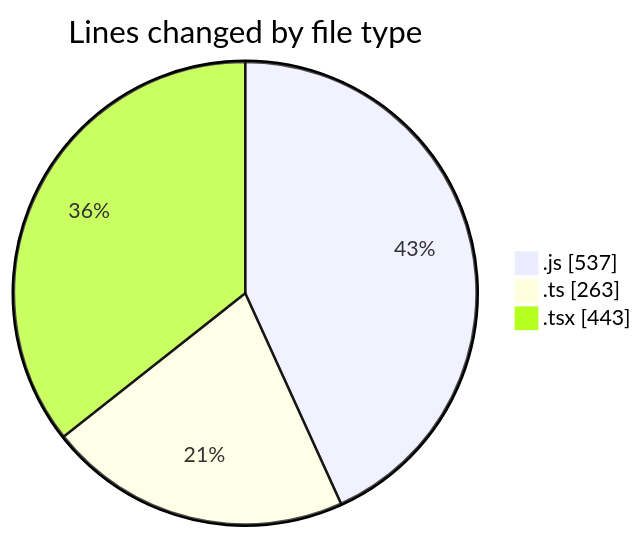
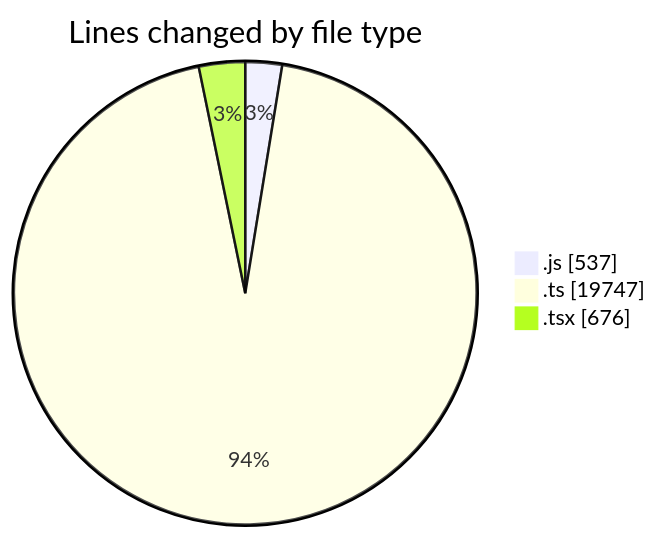
One commit to momahboobian/code-tracking changed the first of 2 diagrams in 2026-10-06/cda/README.md. Above: the diagram before and after it, drawn with Mermaid. The commit also changed other lines of this file and 1 other file, not shown here.

````diff
--- a/2026-10-06/cda/README.md
+++ b/2026-10-06/cda/README.md
@@ -28,7 +33,7 @@
 ```mermaid
 pie showData
 title Lines changed by file type
 ".js" : 537
-".ts" : 263
-".tsx" : 443
+".ts" : 19747
+".tsx" : 676
 ```
````
